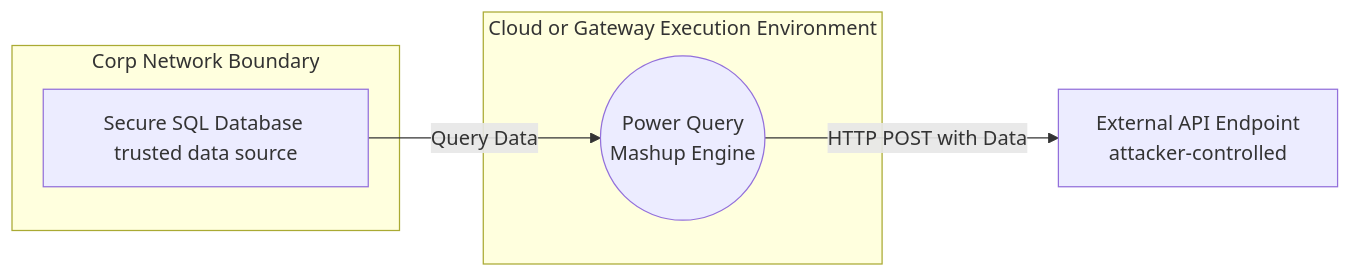
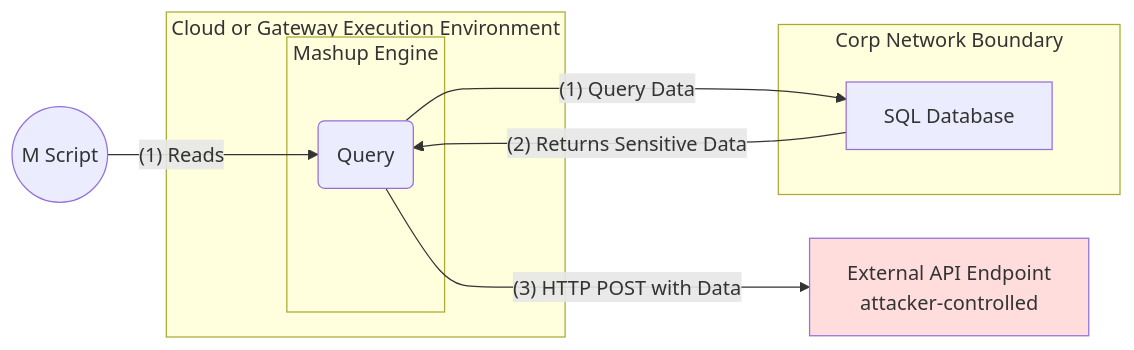
Before and after one commit to OscarValerock/OscarValerock: the second of 2 diagrams in src/content/blog/data-exfiltration-in-power-query/data-exfiltration-in-power-query.md, drawn with Mermaid. The commit also changed other lines of this file, not shown here.

````diff
--- a/src/content/blog/data-exfiltration-in-power-query/data-exfiltration-in-power-query.md
+++ b/src/content/blog/data-exfiltration-in-power-query/data-exfiltration-in-power-query.md
@@ -44,12 +71,25 @@
 ```mermaid
+
 flowchart LR
-    A[Secure SQL Database trusted data source] -->|Query Data| B((Power Query<br/>Mashup Engine))
-    B -->|HTTP POST with Data| C[External API Endpoint<br/> attacker-controlled]
+    D((M Script))
+    B(Query)
+    A[SQL Database] 
+    C[External API Endpoint<br/>attacker-controlled]
+
+    D -- "(1) Reads" --> B
+    B -- "(1) Query Data" --> A
+    A -- "(2) Returns Sensitive Data" --> B
+    B -- "(3) HTTP POST with Data" --> C
+
     subgraph "Corp Network Boundary"
       A
     end
     subgraph "Cloud or Gateway Execution Environment"
-      B
+       subgraph "Mashup Engine"
+            B
+        end
     end
-    C:::outside
+        C:::outside
+        classDef outside fill:#fdd
+
 ```
````
